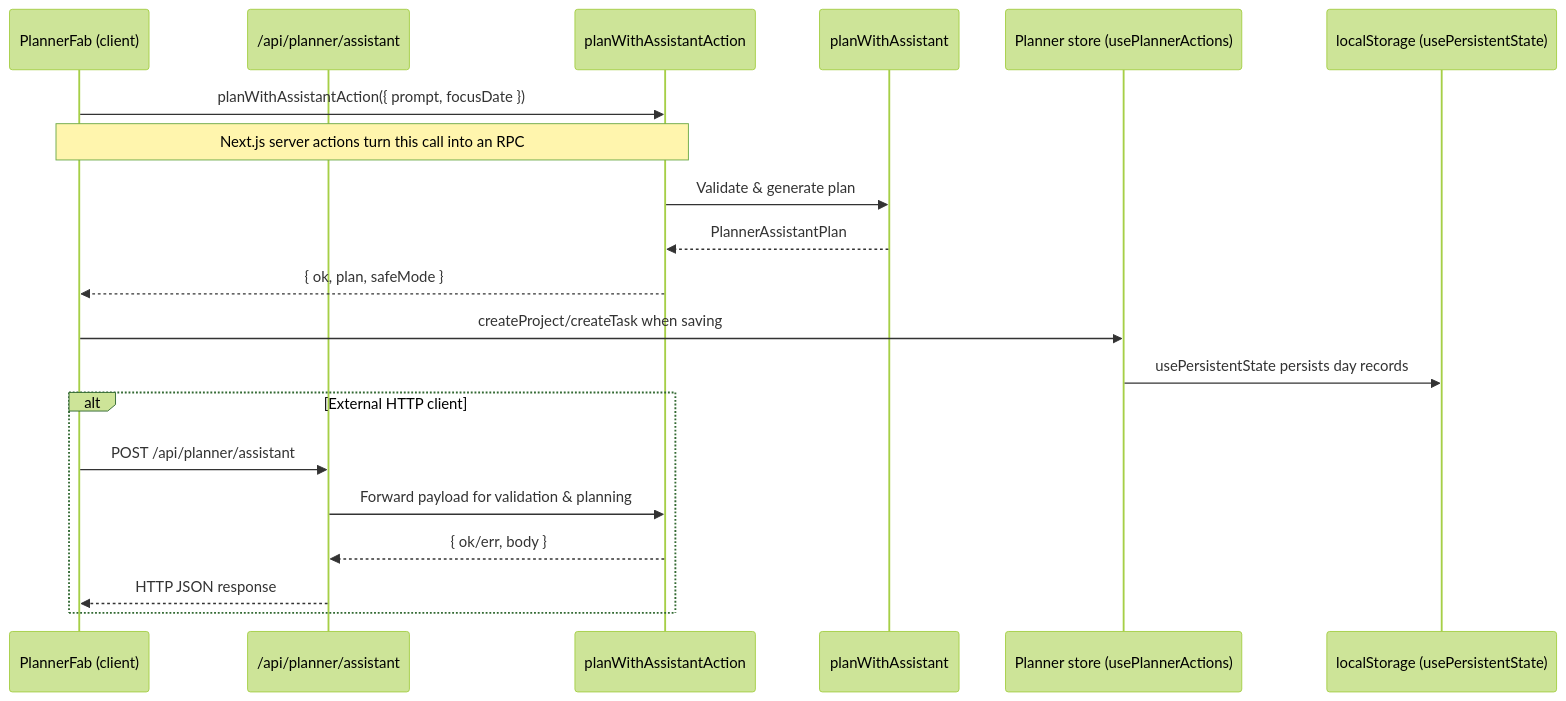
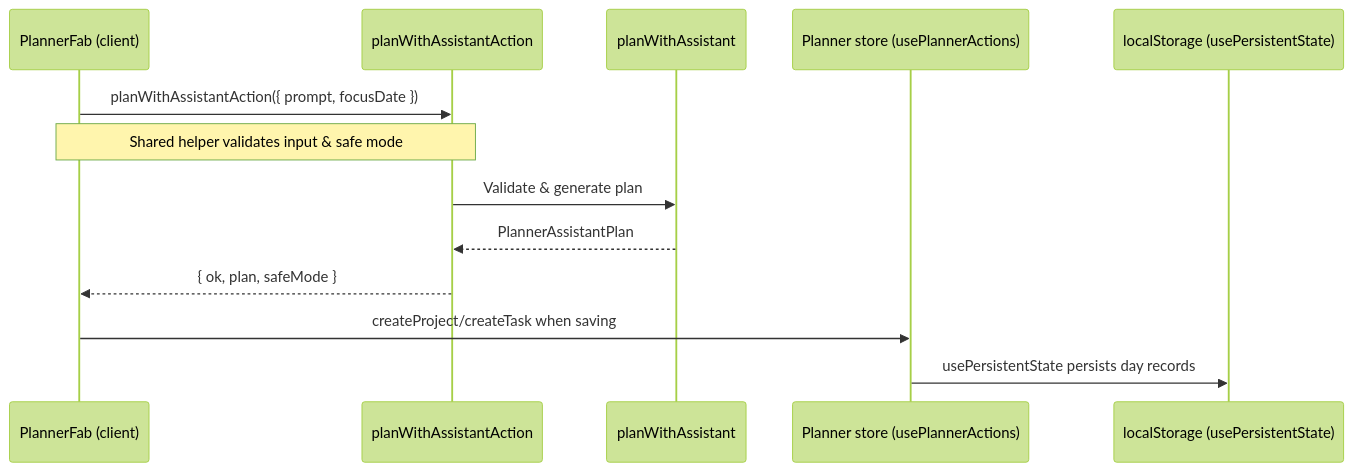
One commit to EnollaTomazic/Planner changed the diagram in docs/request-flow.md. Above: the diagram before and after it, drawn with Mermaid (forest theme). The commit also changed other lines of this file and 8 other files, not shown here.

Commit message:
refactor planner assistant for static export

````diff
--- a/docs/request-flow.md
+++ b/docs/request-flow.md
@@ -79,24 +73,17 @@
 ```mermaid
 sequenceDiagram
     participant UI as PlannerFab (client)
-    participant API as /api/planner/assistant
     participant Action as planWithAssistantAction
     participant Domain as planWithAssistant
     participant Store as Planner store (usePlannerActions)
     participant DB as localStorage (usePersistentState)
 
     UI->>Action: planWithAssistantAction({ prompt, focusDate })
-    note over UI,Action: Next.js server actions turn this call into an RPC
+    note over UI,Action: Shared helper validates input & safe mode
     Action->>Domain: Validate & generate plan
     Domain-->>Action: PlannerAssistantPlan
     Action-->>UI: { ok, plan, safeMode }
     UI->>Store: createProject/createTask when saving
     Store->>DB: usePersistentState persists day records
 
-    alt External HTTP client
-      UI->>API: POST /api/planner/assistant
-      API->>Action: Forward payload for validation & planning
-      Action-->>API: { ok/err, body }
-      API-->>UI: HTTP JSON response
-    end
 ```
````
